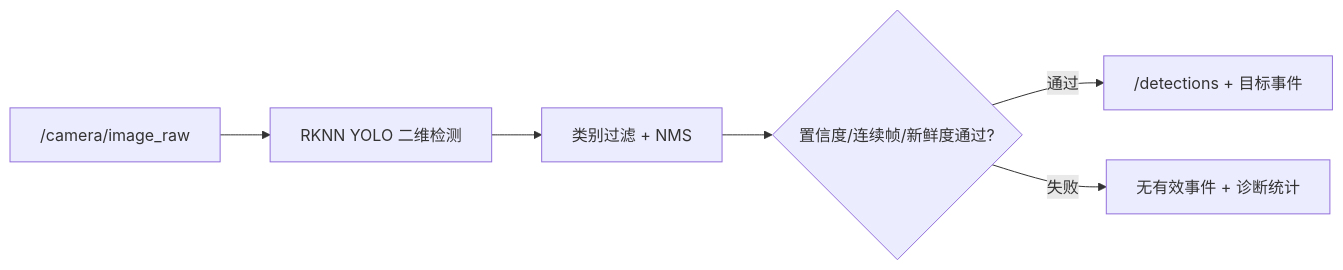
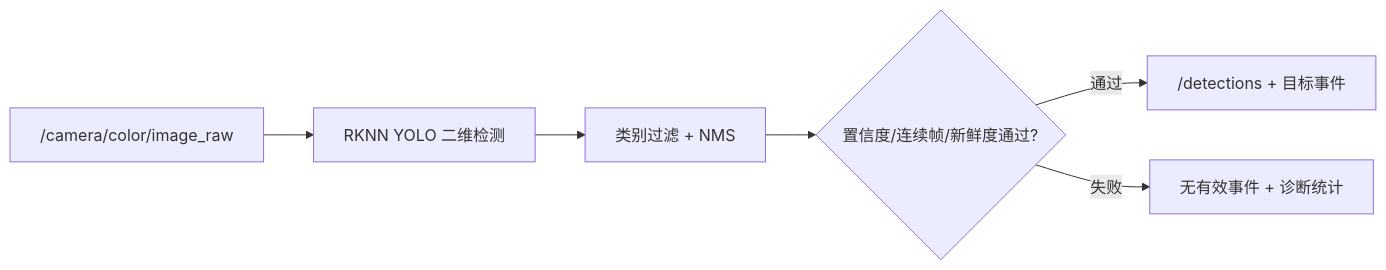
Before and after one commit to JosephQ47/Home_robot: diagram 15 of 32 in 家庭服务机器人技术方案.md, drawn with Mermaid. The commit also changed other lines of this file, not shown here.

````diff
--- a/家庭服务机器人技术方案.md
+++ b/家庭服务机器人技术方案.md
@@ -841,8 +1010,8 @@
 ```mermaid
 flowchart LR
-  RGB["/camera/image_raw"] --> DET["RKNN YOLO 二维检测"]
+  RGB["/camera/color/image_raw"] --> DET["RKNN YOLO 二维检测"]
   DET --> FILTER["类别过滤 + NMS"]
   FILTER --> GATE{"置信度/连续帧/新鲜度通过?"}
   GATE -->|通过| TARGET["/detections + 目标事件"]
   GATE -->|失败| LOST["无有效事件 + 诊断统计"]
 ```
````
